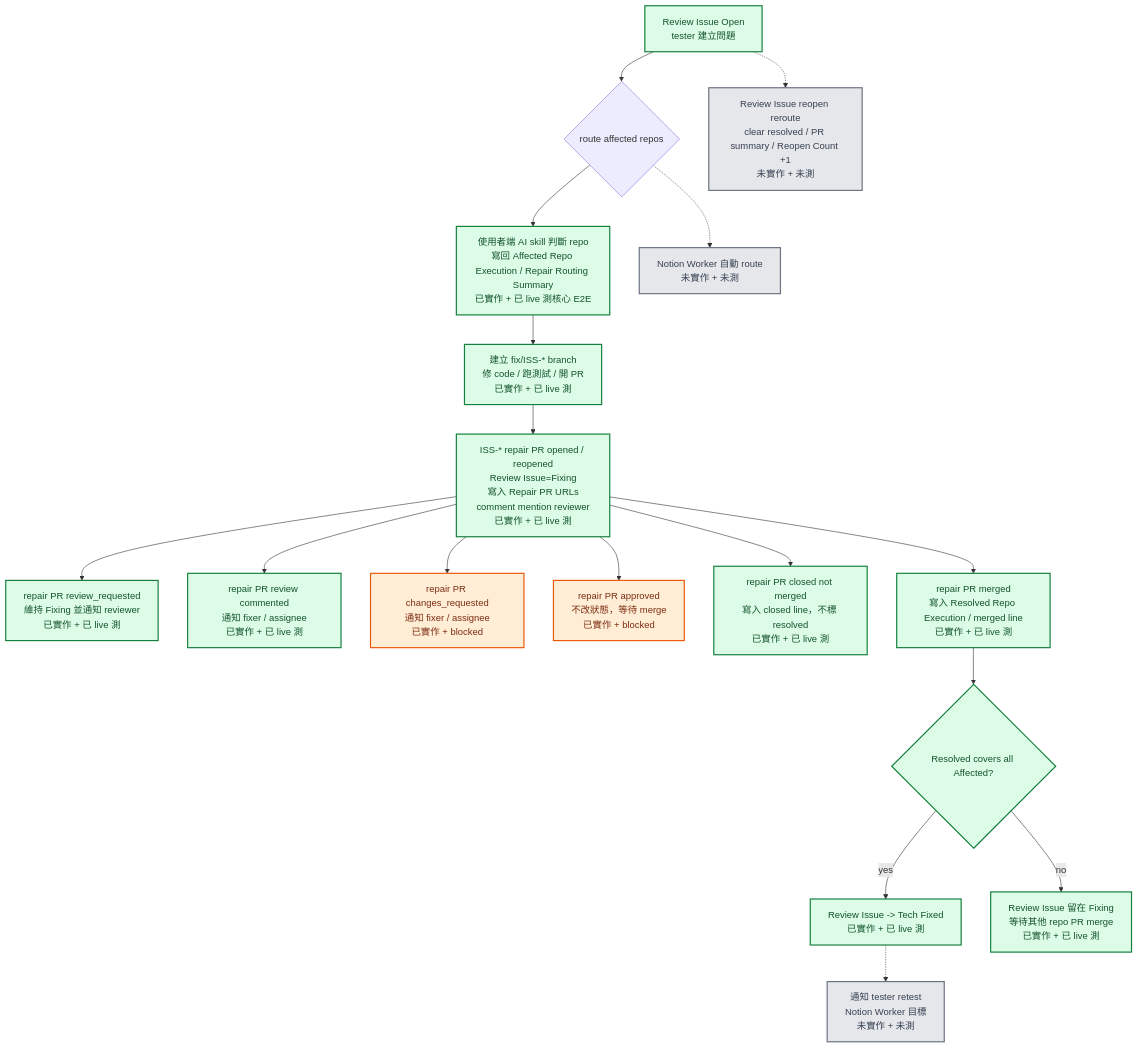
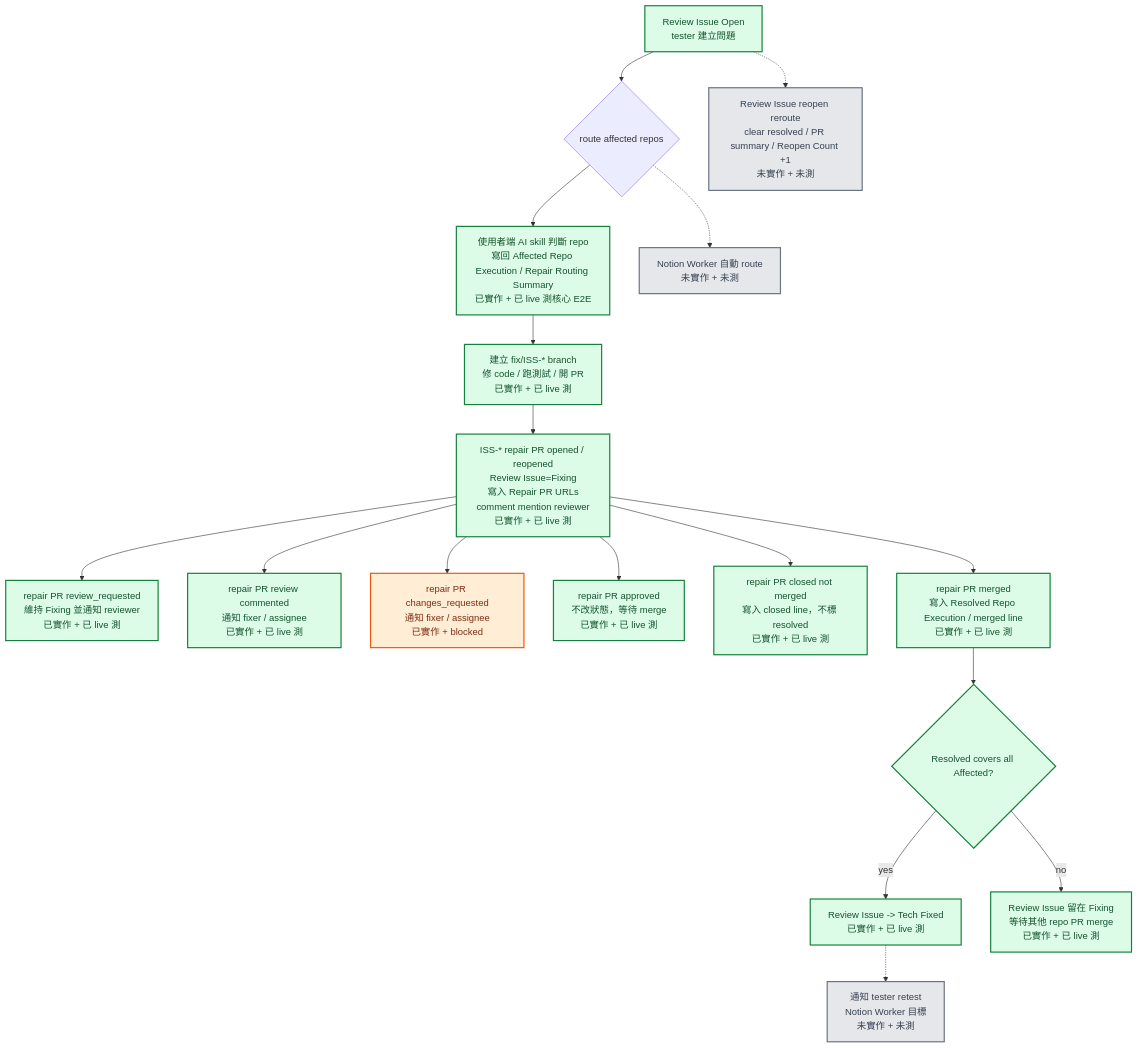
Before and after one commit to ARTOGO/github-docs: the fifth of 8 diagrams in docs/notion-automation-flow-map.md, drawn with Mermaid. The commit also changed other lines of this file and 3 other files, not shown here.

````diff
--- a/docs/notion-automation-flow-map.md
+++ b/docs/notion-automation-flow-map.md
@@ -124,27 +124,27 @@
 ```mermaid
 flowchart TD
   issueOpen["Review Issue Open<br/>tester 建立問題"] --> routeChoice{"route affected repos"}
   routeChoice --> aiRoute["使用者端 AI skill 判斷 repo<br/>寫回 Affected Repo Execution / Repair Routing Summary<br/>已實作 + 已 live 測核心 E2E"]
   routeChoice -.-> workerRoute["Notion Worker 自動 route<br/>未實作 + 未測"]
   aiRoute --> fixBranch["建立 fix/ISS-* branch<br/>修 code / 跑測試 / 開 PR<br/>已實作 + 已 live 測"]
   fixBranch --> repairOpen["ISS-* repair PR opened / reopened<br/>Review Issue=Fixing<br/>寫入 Repair PR URLs<br/>comment mention reviewer<br/>已實作 + 已 live 測"]
   repairOpen --> repairReviewReq["repair PR review_requested<br/>維持 Fixing 並通知 reviewer<br/>已實作 + 已 live 測"]
   repairOpen --> repairComment["repair PR review commented<br/>通知 fixer / assignee<br/>已實作 + 已 live 測"]
   repairOpen --> repairChange["repair PR changes_requested<br/>通知 fixer / assignee<br/>已實作 + blocked"]
-  repairOpen --> repairApprove["repair PR approved<br/>不改狀態，等待 merge<br/>已實作 + blocked"]
+  repairOpen --> repairApprove["repair PR approved<br/>不改狀態，等待 merge<br/>已實作 + 已 live 測"]
   repairOpen --> repairClosed["repair PR closed not merged<br/>寫入 closed line，不標 resolved<br/>已實作 + 已 live 測"]
   repairOpen --> repairMerged["repair PR merged<br/>寫入 Resolved Repo Execution / merged line<br/>已實作 + 已 live 測"]
   repairMerged --> allResolved{"Resolved covers all Affected?"}
   allResolved -- yes --> techFixed["Review Issue -> Tech Fixed<br/>已實作 + 已 live 測"]
   allResolved -- no --> keepFixing["Review Issue 留在 Fixing<br/>等待其他 repo PR merge<br/>已實作 + 已 live 測"]
   techFixed -.-> retest["通知 tester retest<br/>Notion Worker 目標<br/>未實作 + 未測"]
   issueOpen -.-> reopen["Review Issue reopen reroute<br/>clear resolved / PR summary / Reopen Count +1<br/>未實作 + 未測"]
 
   classDef done fill:#dcfce7,stroke:#15803d,color:#14532d,stroke-width:2px
   classDef blocked fill:#ffedd5,stroke:#ea580c,color:#7c2d12,stroke-width:2px
   classDef todo fill:#e5e7eb,stroke:#6b7280,color:#374151,stroke-width:2px
 
-  class issueOpen,aiRoute,fixBranch,repairOpen,repairReviewReq,repairComment,repairClosed,repairMerged,allResolved,techFixed,keepFixing done
-  class repairChange,repairApprove blocked
+  class issueOpen,aiRoute,fixBranch,repairOpen,repairReviewReq,repairComment,repairApprove,repairClosed,repairMerged,allResolved,techFixed,keepFixing done
+  class repairChange blocked
   class workerRoute,retest,reopen todo
 ```
````
